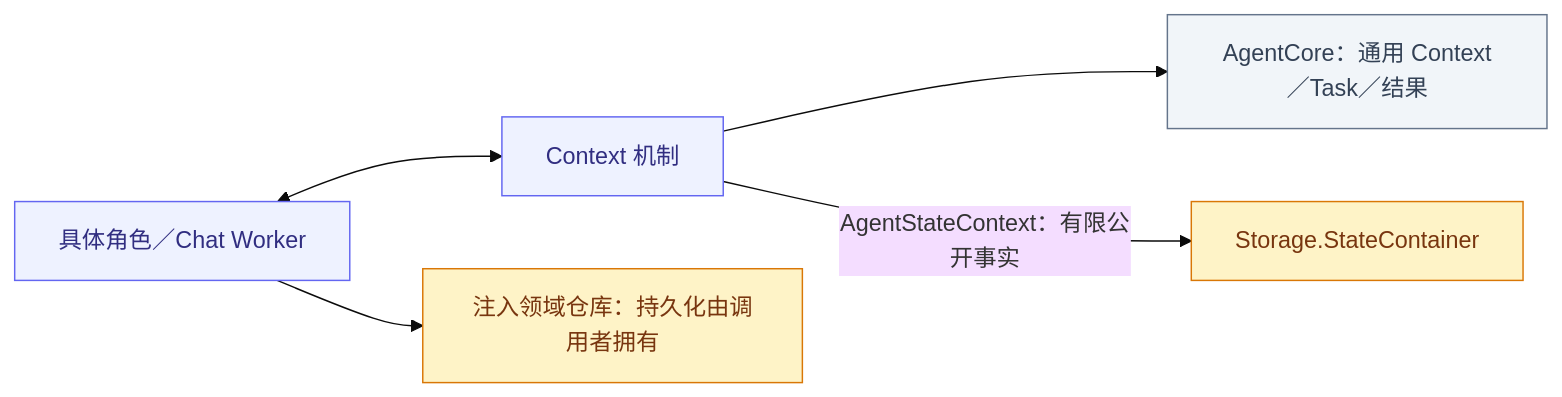
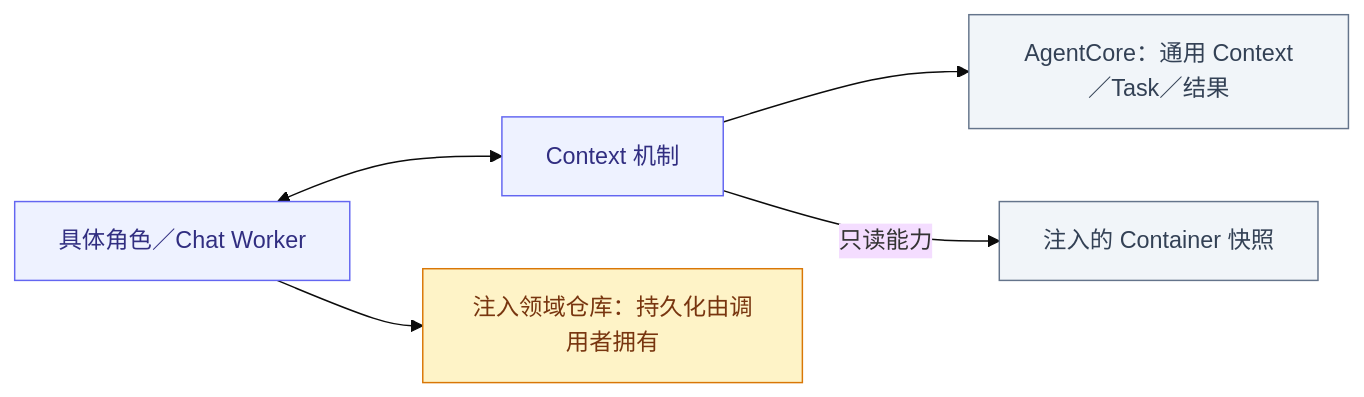
The first of 3 diagrams in MobileHarness/Agents/Support/Context/README.md (devilyouwei/MobileHarness), drawn with Mermaid (base theme) before and after one commit. The commit also changed other lines of this file and 105 other files, not shown here.

Commit message:
refactor: read LLM context from container-owned snapshots

````diff
--- a/MobileHarness/Agents/Support/Context/README.md
+++ b/MobileHarness/Agents/Support/Context/README.md
@@ -18,19 +18,19 @@
 ```mermaid
 flowchart LR
  R["具体角色／Chat Worker"]:::agent
  C["Context 机制"]:::agent
  CO["AgentCore：通用 Context／Task／结果"]:::host
  S["注入领域仓库：持久化由调用者拥有"]:::storage
  R <--> C
  C --> CO
- C -->|"AgentStateContext：有限公开事实"| ST["Storage.StateContainer"]:::storage
+ C -->|"只读能力"| ST["注入的 Container 快照"]:::host
  R --> S
  classDef ui fill:#e0f2fe,stroke:#0284c7,color:#0c4a6e
  classDef platform fill:#dcfce7,stroke:#16a34a,color:#14532d
  classDef model fill:#f3e8ff,stroke:#9333ea,color:#581c87
  classDef storage fill:#fef3c7,stroke:#d97706,color:#78350f
  classDef agent fill:#eef2ff,stroke:#6366f1,color:#312e81
  classDef gateway fill:#ffedd5,stroke:#ea580c,color:#7c2d12
  classDef action fill:#ffe4e6,stroke:#e11d48,color:#881337
  classDef host fill:#f1f5f9,stroke:#64748b,color:#334155
 ```
````
